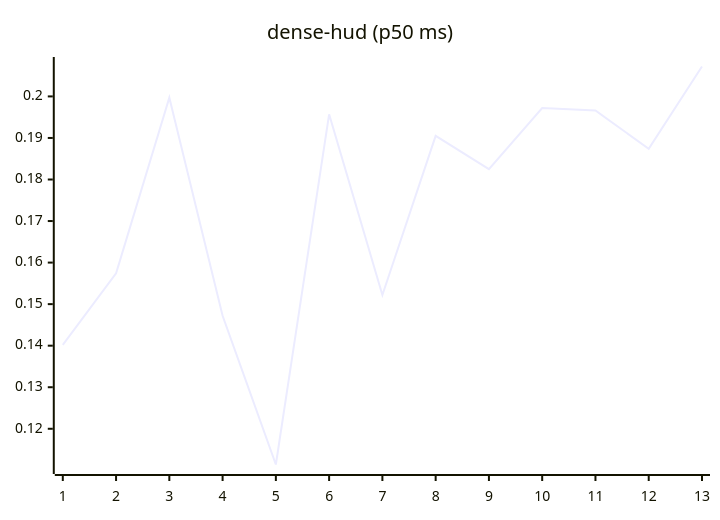
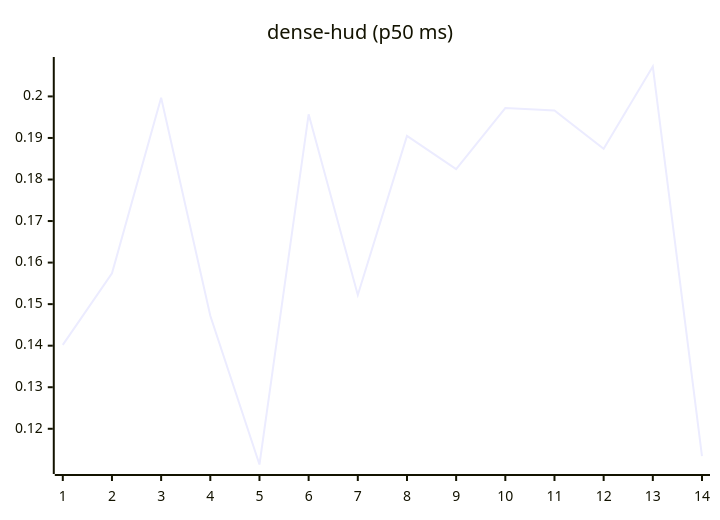
One commit to josha/Facet changed the eighth of 27 diagrams in README.md. Above: the diagram before and after it, drawn with Mermaid. The commit also changed other lines of this file and 2 other files, not shown here.

````diff
--- a/README.md
+++ b/README.md
@@ -112,6 +112,6 @@
 ```mermaid
 xychart-beta
     title "dense-hud (p50 ms)"
-    x-axis 1 --> 13
-    line [0.1402, 0.1574, 0.1997, 0.1472, 0.1114, 0.1957, 0.1522, 0.1905, 0.1825, 0.1972, 0.1966, 0.1874, 0.2072]
+    x-axis 1 --> 14
+    line [0.1402, 0.1574, 0.1997, 0.1472, 0.1114, 0.1957, 0.1522, 0.1905, 0.1825, 0.1972, 0.1966, 0.1874, 0.2072, 0.1134]
 ```
````
